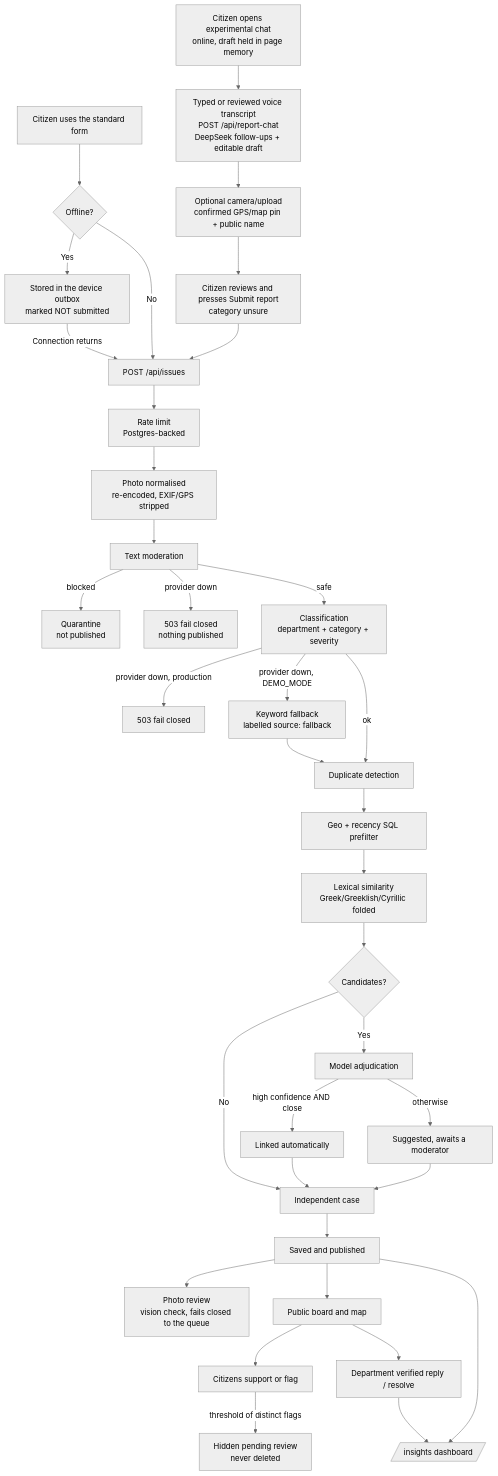
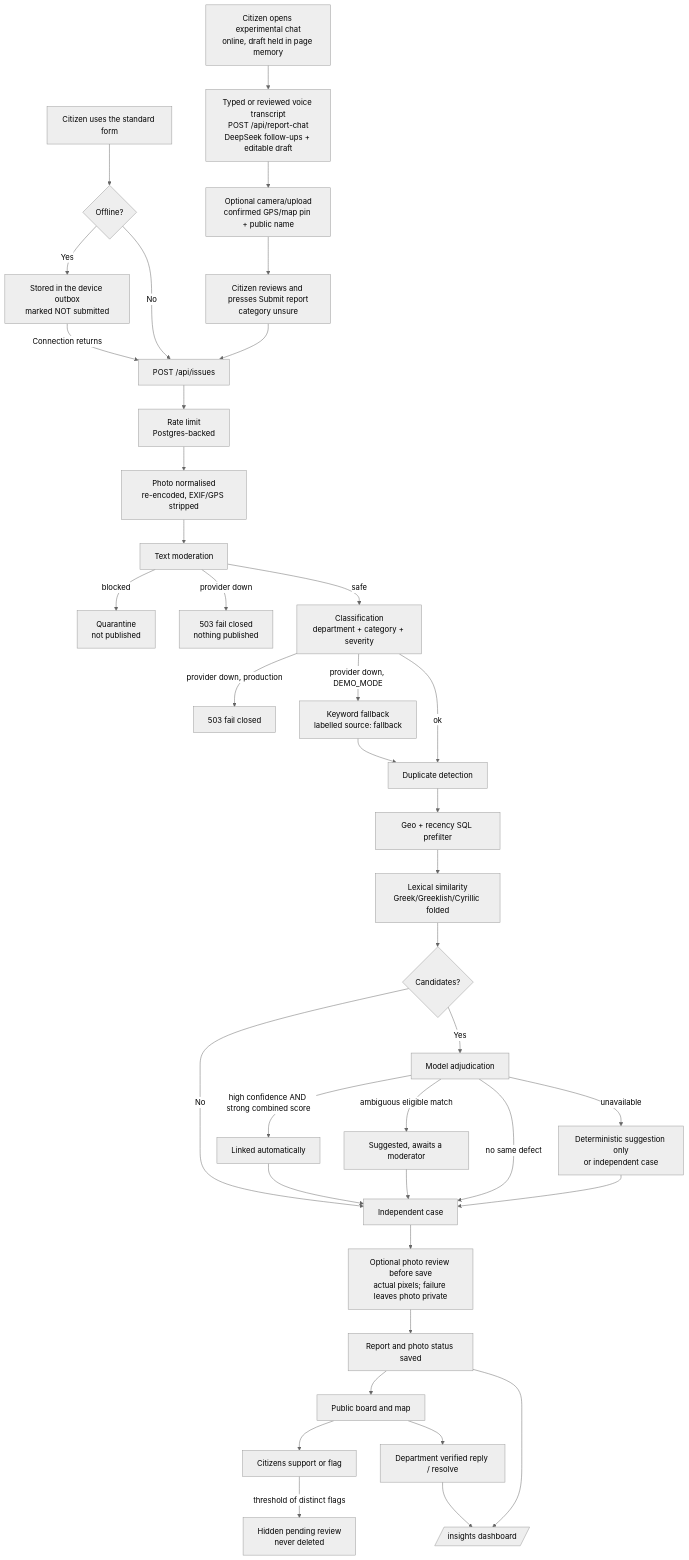
Before and after one commit to ckontz01/FixPafos: the diagram in docs/architecture.md, drawn with Mermaid (neutral theme). The commit also changed other lines of this file and 4 other files, not shown here.

````diff
--- a/docs/architecture.md
+++ b/docs/architecture.md
@@ -33,44 +33,46 @@
 ```mermaid
 flowchart TD
     A[Citizen uses the standard form] --> B{Offline?}
     B -->|Yes| B1[Stored in the device outbox<br/>marked NOT submitted]
     B1 -->|Connection returns| C
     B -->|No| C[POST /api/issues]
     A2[Citizen opens experimental chat<br/>online, draft held in page memory] --> A3[Typed or reviewed voice transcript<br/>POST /api/report-chat<br/>DeepSeek follow-ups + editable draft]
     A3 --> A4[Optional camera/upload<br/>confirmed GPS/map pin + public name]
     A4 --> A5[Citizen reviews and presses Submit report<br/>category unsure]
     A5 --> C
 
     C --> D[Rate limit<br/>Postgres-backed]
     D --> E[Photo normalised<br/>re-encoded, EXIF/GPS stripped]
     E --> F[Text moderation]
 
     F -->|blocked| F1[Quarantine<br/>not published]
     F -->|provider down| F2[503 fail closed<br/>nothing published]
     F -->|safe| G[Classification<br/>department + category + severity]
 
     G -->|provider down, production| G1[503 fail closed]
     G -->|provider down, DEMO_MODE| G2[Keyword fallback<br/>labelled source: fallback]
     G -->|ok| H[Duplicate detection]
 
     H --> H1[Geo + recency SQL prefilter]
     H1 --> H2[Lexical similarity<br/>Greek/Greeklish/Cyrillic folded]
     H2 --> H3{Candidates?}
     H3 -->|No| I[Independent case]
     H3 -->|Yes| H4[Model adjudication]
-    H4 -->|high confidence AND close| H5[Linked automatically]
-    H4 -->|otherwise| H6[Suggested, awaits a moderator]
+    H4 -->|high confidence AND strong combined score| H5[Linked automatically]
+    H4 -->|ambiguous eligible match| H6[Suggested, awaits a moderator]
+    H4 -->|no same defect| I
+    H4 -->|unavailable| H7[Deterministic suggestion only<br/>or independent case]
 
     H5 --> I
     H6 --> I
+    H7 --> I
     G2 --> H
-    I --> J[Saved and published]
-
-    J --> K[Photo review<br/>vision check, fails closed to the queue]
+    I --> K[Optional photo review before save<br/>actual pixels; failure leaves photo private]
+    K --> J[Report and photo status saved]
     J --> L[Public board and map]
     J --> M[/insights dashboard/]
     L --> N[Citizens support or flag]
     N -->|threshold of distinct flags| N1[Hidden pending review<br/>never deleted]
     L --> O[Department verified reply / resolve]
     O --> M
 ```
````
